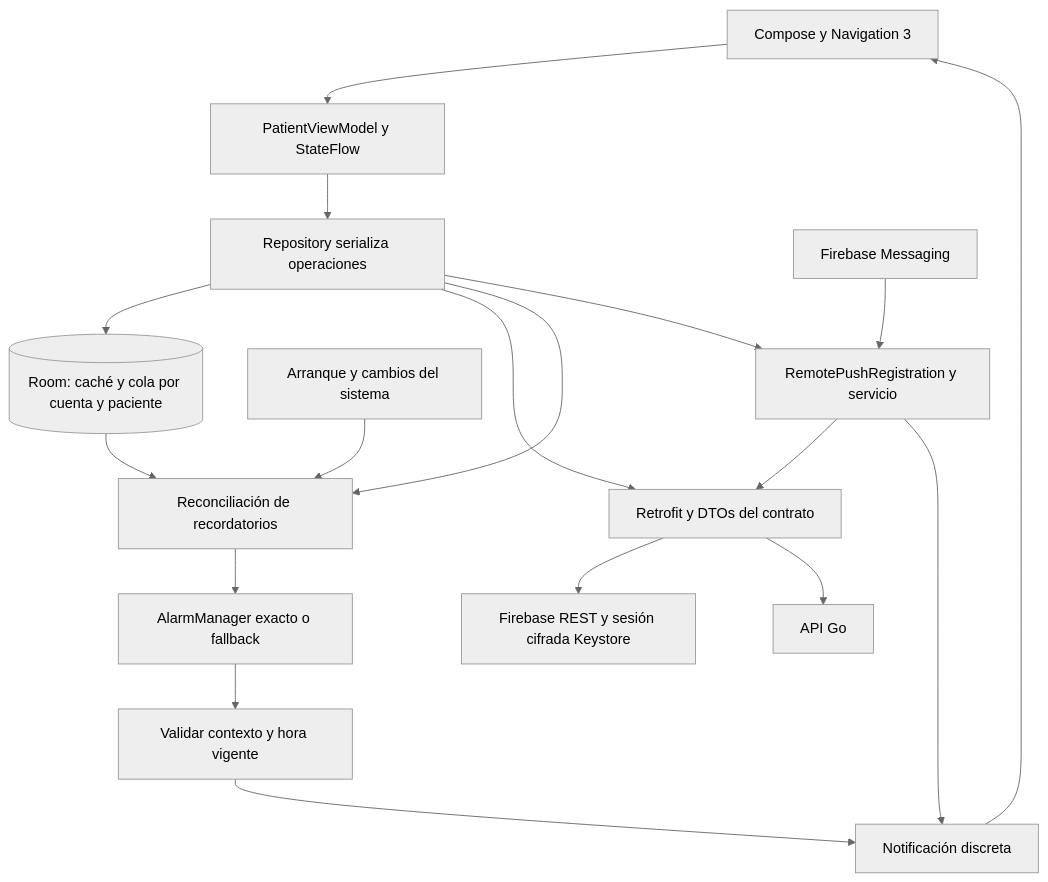
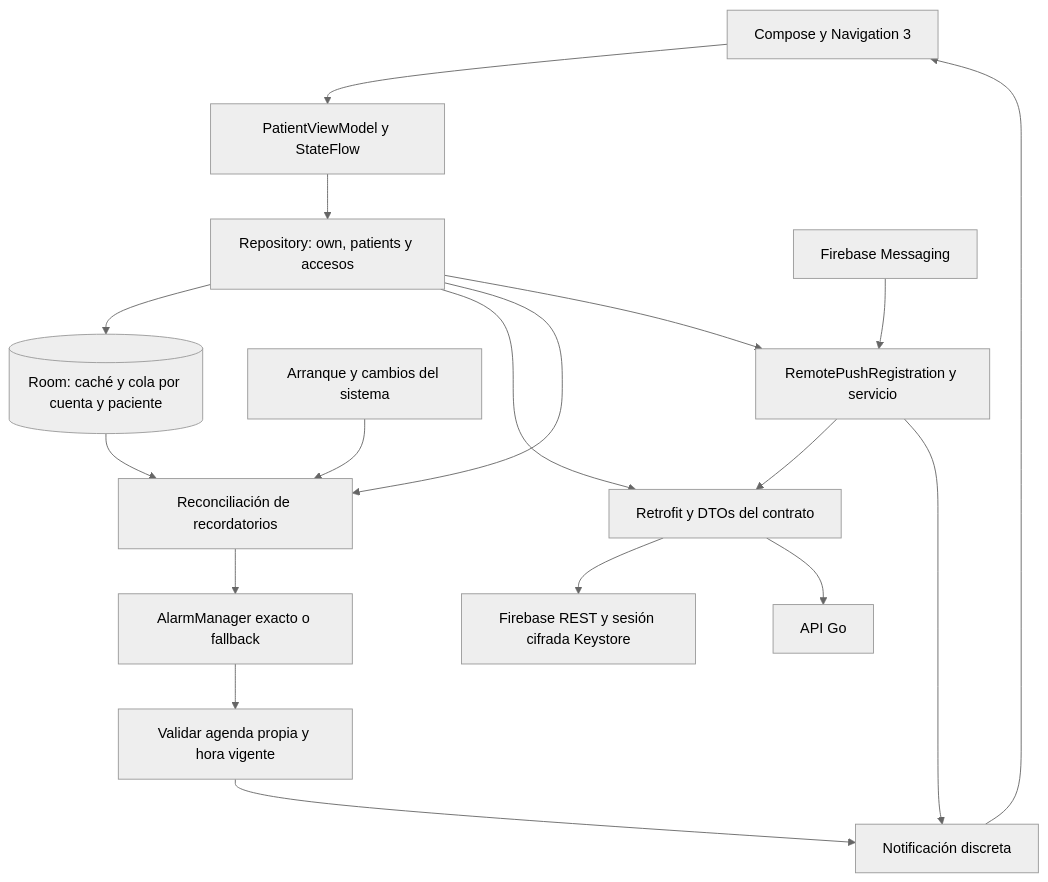
One commit to Nandem1/nndsk-medication-tracker changed the diagram in apps/android/docs/00-home.md. Above: the diagram before and after it, drawn with Mermaid (neutral theme). The commit also changed other lines of this file and 32 other files, not shown here.

````diff
--- a/apps/android/docs/00-home.md
+++ b/apps/android/docs/00-home.md
@@ -5,20 +5,20 @@
 ```mermaid
 flowchart TB
     UI[Compose y Navigation 3] --> VM[PatientViewModel y StateFlow]
-    VM --> Repo[Repository serializa operaciones]
+    VM --> Repo[Repository: own, patients y accesos]
     Repo --> Room[(Room: caché y cola por cuenta y paciente)]
     Repo --> API[Retrofit y DTOs del contrato]
     API --> Identity[Firebase REST y sesión cifrada Keystore]
     API --> Backend[API Go]
     Repo --> Reminders[Reconciliación de recordatorios]
     Room --> Reminders
     Boot[Arranque y cambios del sistema] --> Reminders
     Reminders --> Alarm[AlarmManager exacto o fallback]
-    Alarm --> Receiver[Validar contexto y hora vigente]
+    Alarm --> Receiver[Validar agenda propia y hora vigente]
     Receiver --> Notification[Notificación discreta]
     Notification --> UI
     FCM[Firebase Messaging] --> Push[RemotePushRegistration y servicio]
     Repo --> Push
     Push --> API
     Push --> Notification
 ```
````
